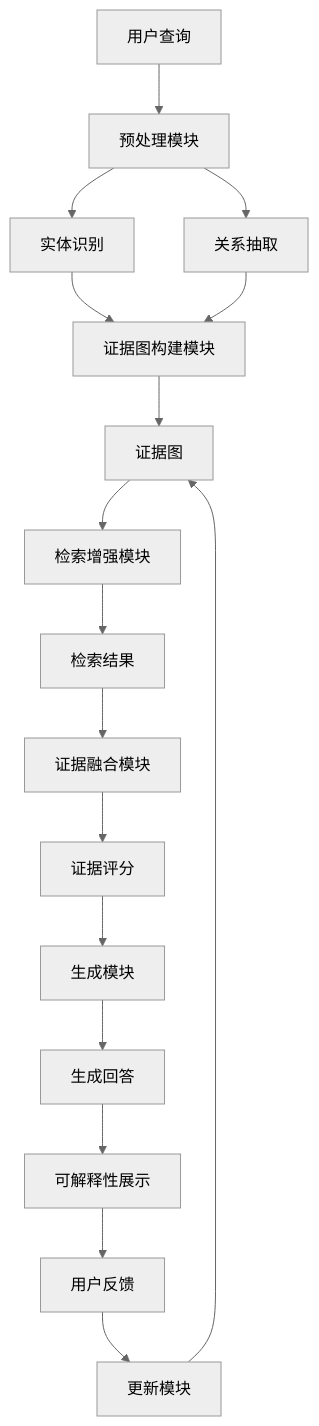
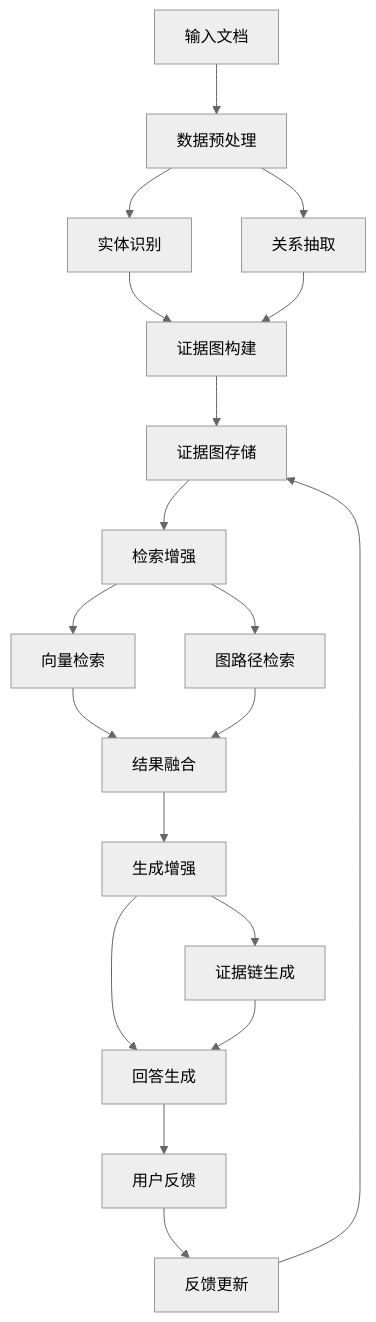
Before and after one commit to valkryhx/patent_agents: the diagram in output/progress/以证据图增强的rag系统_ada191f4/03_summary.md, drawn with Mermaid (neutral theme). The commit also changed other lines of this file and 3 other files, not shown here.

````diff
--- a/output/progress/以证据图增强的rag系统_ada191f4/03_summary.md
+++ b/output/progress/以证据图增强的rag系统_ada191f4/03_summary.md
@@ -9,19 +11,21 @@
 ```mermaid
 graph TD
-    A[用户查询] --> B[预处理模块]
+    A[输入文档] --> B[数据预处理]
     B --> C[实体识别]
     B --> D[关系抽取]
-    C --> E[证据图构建模块]
+    C --> E[证据图构建]
     D --> E
-    E --> F[证据图]
-    F --> G[检索增强模块]
-    G --> H[检索结果]
-    H --> I[证据融合模块]
-    I --> J[证据评分]
-    J --> K[生成模块]
-    K --> L[生成回答]
-    L --> M[可解释性展示]
+    E --> F[证据图存储]
+    F --> G[检索增强]
+    G --> H[向量检索]
+    G --> I[图路径检索]
+    H --> J[结果融合]
+    I --> J
+    J --> K[生成增强]
+    K --> L[证据链生成]
+    K --> M[回答生成]
+    L --> M
     M --> N[用户反馈]
-    N --> O[更新模块]
+    N --> O[反馈更新]
     O --> F
 ```
````
